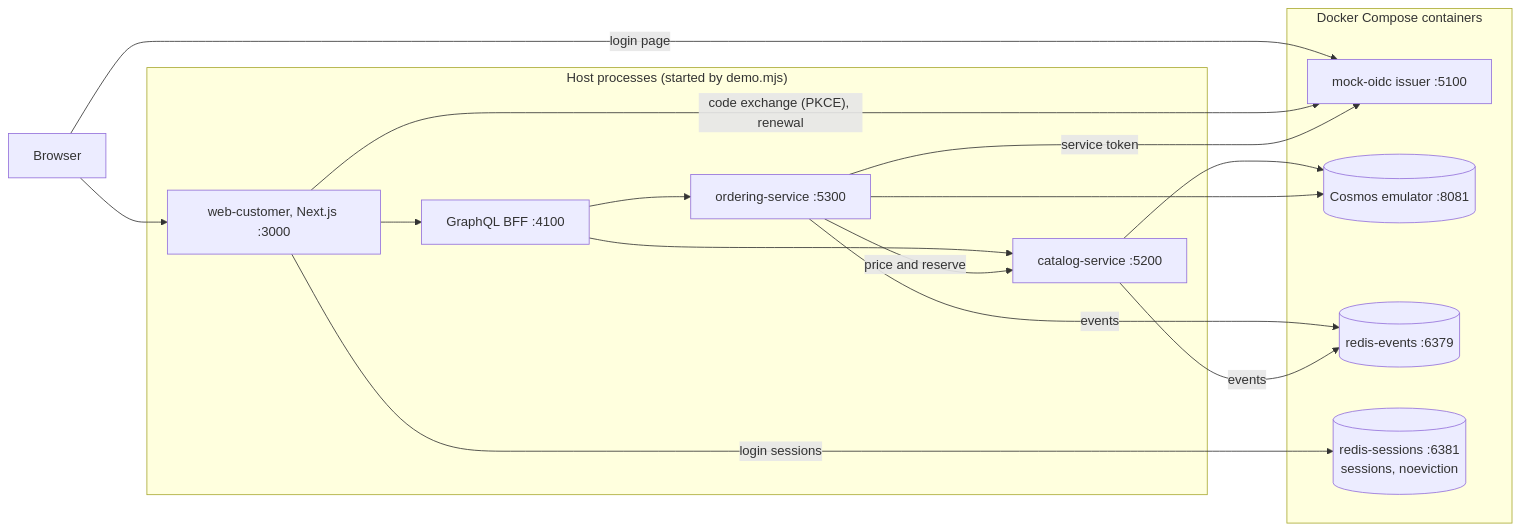
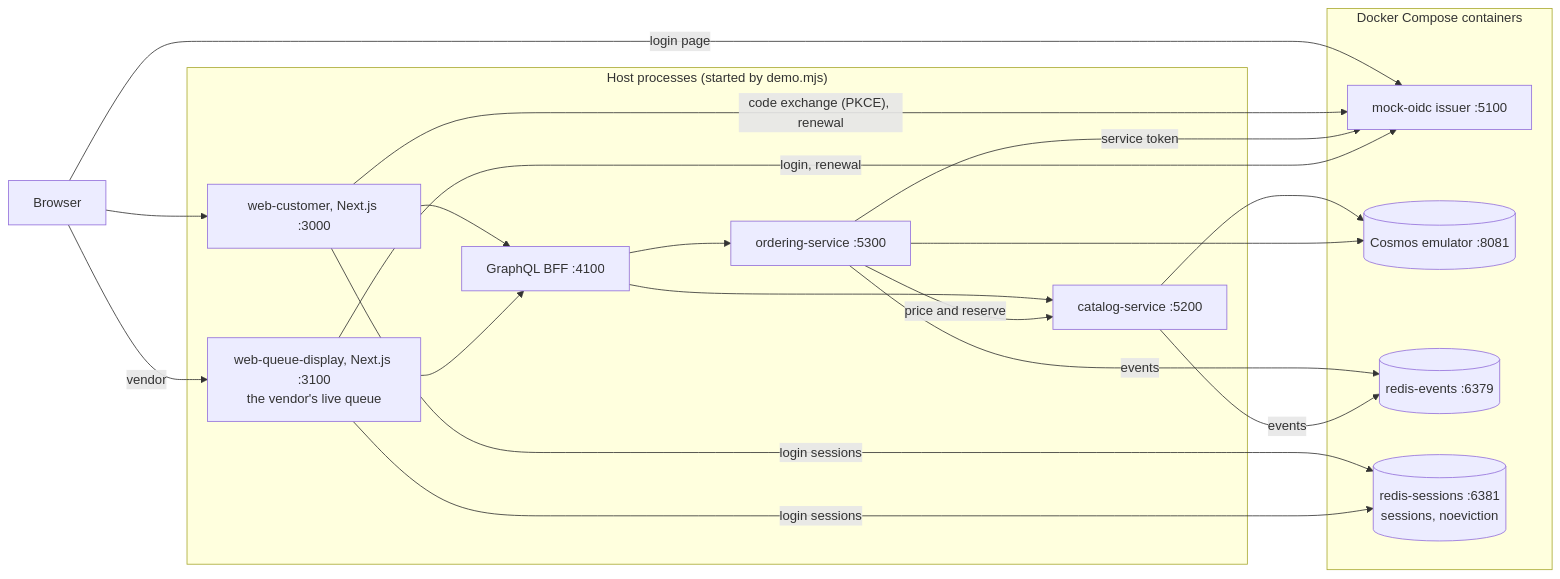
Before and after one commit to benjamin-hedrick/bakery-marketplace: the diagram in docs/operations/demo.md, drawn with Mermaid. The commit also changed other lines of this file and 5 other files, not shown here.

Commit message:
Full read, operations: the demo diagram shows the vendor's queue, the film pages and the scripts index say the film was run, the SLA cites the measured lag, local-dev drops the removed test hook and the missing ports and seed notes (register 93, pre-publish gaps)

````diff
--- a/docs/operations/demo.md
+++ b/docs/operations/demo.md
@@ -21,29 +21,34 @@
 ```mermaid
 flowchart LR
   B[Browser]
   subgraph Host["Host processes (started by demo.mjs)"]
     W["web-customer, Next.js :3000"]
     G["GraphQL BFF :4100"]
     C["catalog-service :5200"]
     O["ordering-service :5300"]
+    Q["web-queue-display, Next.js :3100<br/>the vendor's live queue"]
   end
   subgraph Docker["Docker Compose containers"]
     I["mock-oidc issuer :5100"]
     D[("Cosmos emulator :8081")]
     R[("redis-events :6379")]
     RC[("redis-sessions :6381<br/>sessions, noeviction")]
   end
   B --> W
   B -- "login page" --> I
   W -- "code exchange (PKCE), renewal" --> I
   W --> G
   G --> C
   G --> O
   O -- "service token" --> I
   O -- "price and reserve" --> C
   C --> D
   O --> D
   O -- "events" --> R
   C -- "events" --> R
   W -- "login sessions" --> RC
+  B -- "vendor" --> Q
+  Q --> G
+  Q -- "login, renewal" --> I
+  Q -- "login sessions" --> RC
 ```
````
